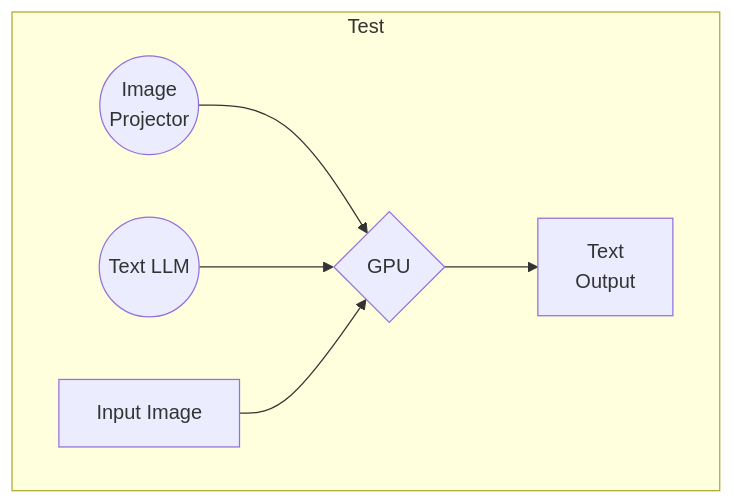
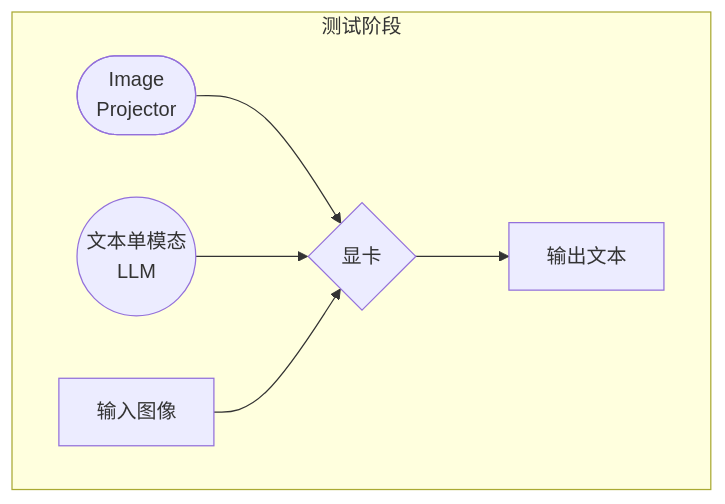
The fourth of 5 diagrams in xtuner/llava/xtuner_llava.md (InternLM/Tutorial), drawn with Mermaid before and after one commit. The commit also changed other lines of this file, not shown here.

Commit message:
flowchart to chinese

````diff
--- a/xtuner/llava/xtuner_llava.md
+++ b/xtuner/llava/xtuner_llava.md
@@ -64,9 +66,9 @@
 ```mermaid
 flowchart TB;
-subgraph Test
-a((Image<br>Projector)) --> b{GPU}
-c((Text LLM)) --> b
-e[Input Image] --> b
-b --> d[Text<br>Output]
+subgraph 测试阶段
+a([Image<br>Projector]) --> b{显卡}
+c((文本单模态<br>LLM)) --> b
+e[输入图像] --> b
+b --> d[输出文本]
 end
 ```
````
